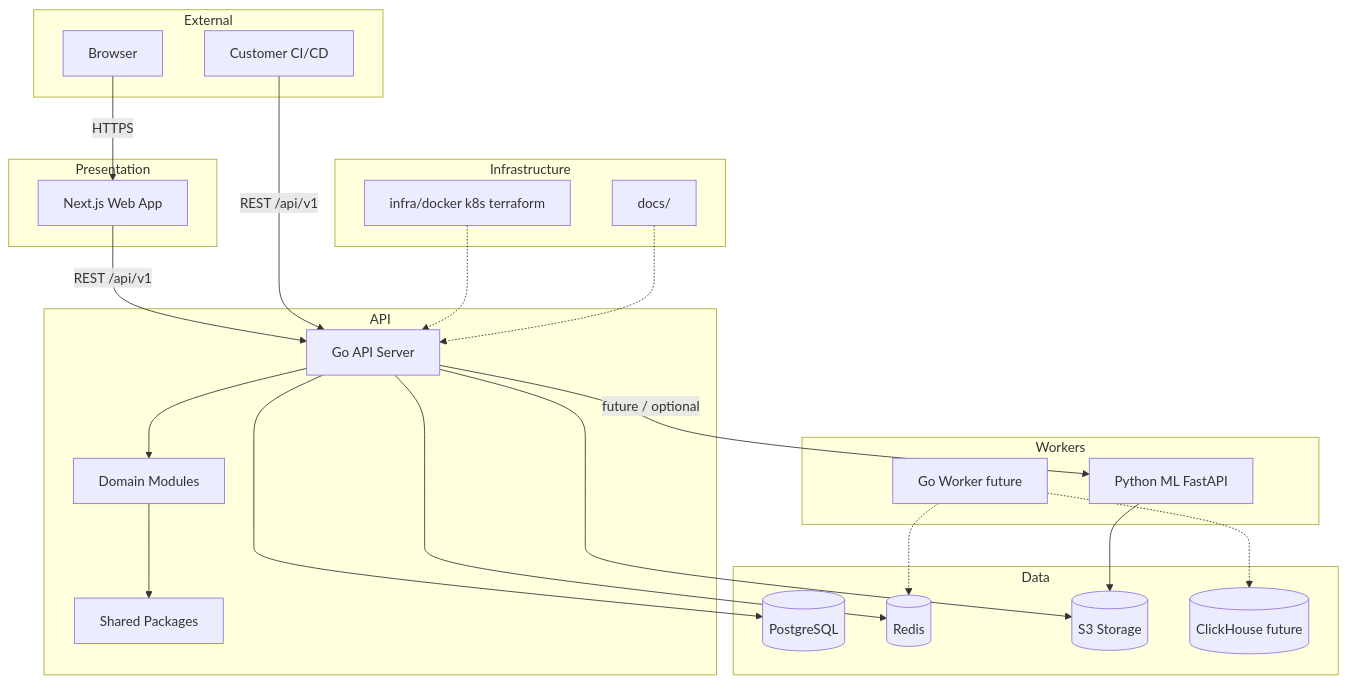
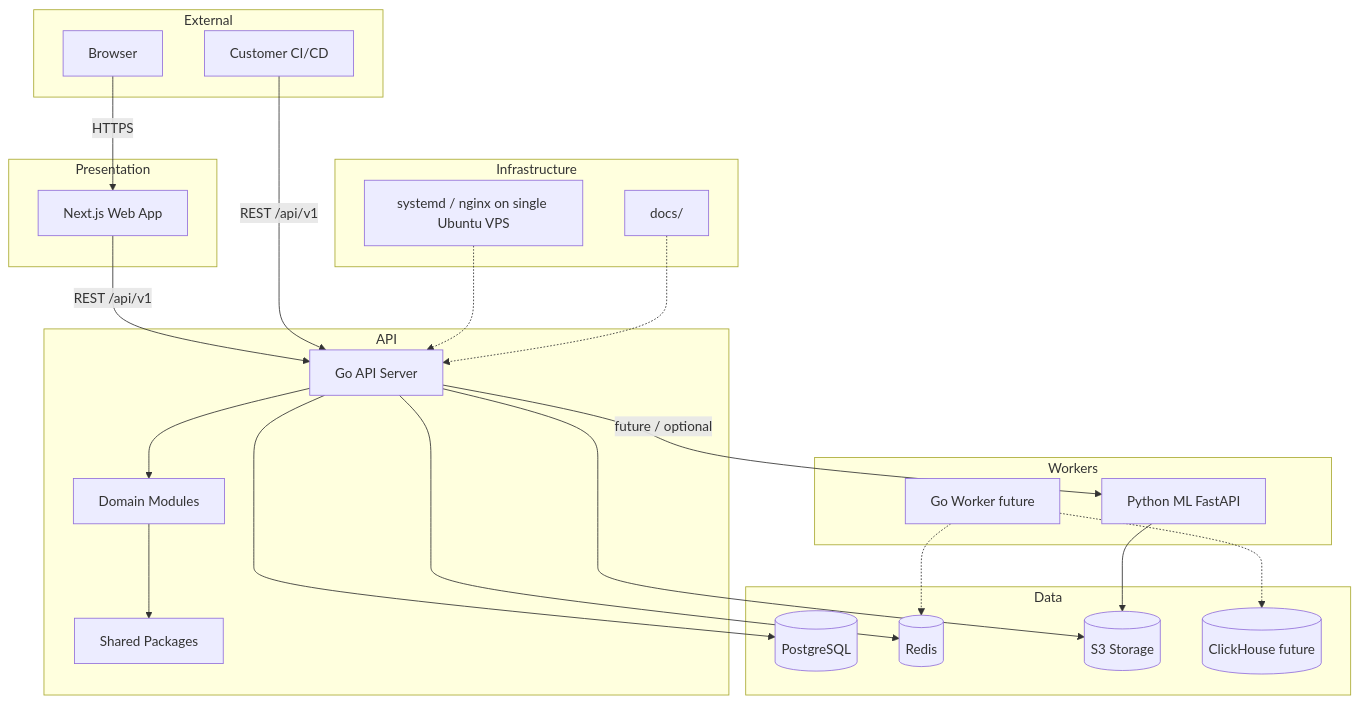
One commit to whitecrayonn/testra changed the second of 12 diagrams in testra/docs/BIBLICAL_TESTRA.md. Above: the diagram before and after it, drawn with Mermaid. The commit also changed other lines of this file and 318 other files, not shown here.

````diff
--- a/testra/docs/BIBLICAL_TESTRA.md
+++ b/testra/docs/BIBLICAL_TESTRA.md
@@ -333,49 +322,49 @@
 ```mermaid
 flowchart TD
     subgraph External
         Browser[Browser]
         CI[Customer CI/CD]
     end
 
     subgraph Presentation
         Web[Next.js Web App]
     end
 
     subgraph API
         APIServer[Go API Server]
         Modules[Domain Modules]
         Shared[Shared Packages]
     end
 
     subgraph Workers
         GoWorker[Go Worker future]
         MLService[Python ML FastAPI]
     end
 
     subgraph Data
         PG[(PostgreSQL)]
         Redis[(Redis)]
         S3[(S3 Storage)]
         CH[(ClickHouse future)]
     end
 
     subgraph Infrastructure
-        Infra[infra/docker k8s terraform]
+        Infra[systemd / nginx on single Ubuntu VPS]
         Docs[docs/]
     end
 
     Browser -->|HTTPS| Web
     Web -->|REST /api/v1| APIServer
     CI -->|REST /api/v1| APIServer
     APIServer --> Modules
     Modules --> Shared
     APIServer --> PG
     APIServer --> Redis
     APIServer --> S3
     APIServer -->|future / optional| MLService
     GoWorker -.-> Redis
     GoWorker -.-> CH
     MLService --> S3
     Infra -.-> APIServer
     Docs -.-> APIServer
 ```
````
